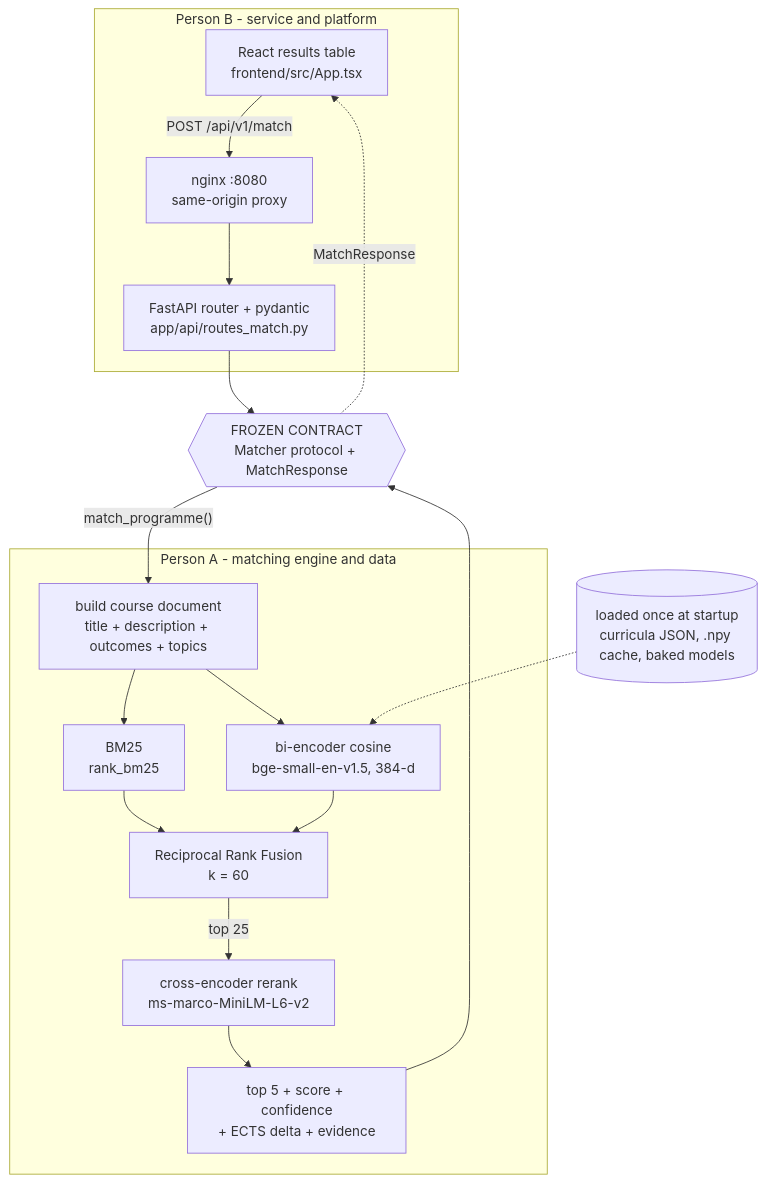
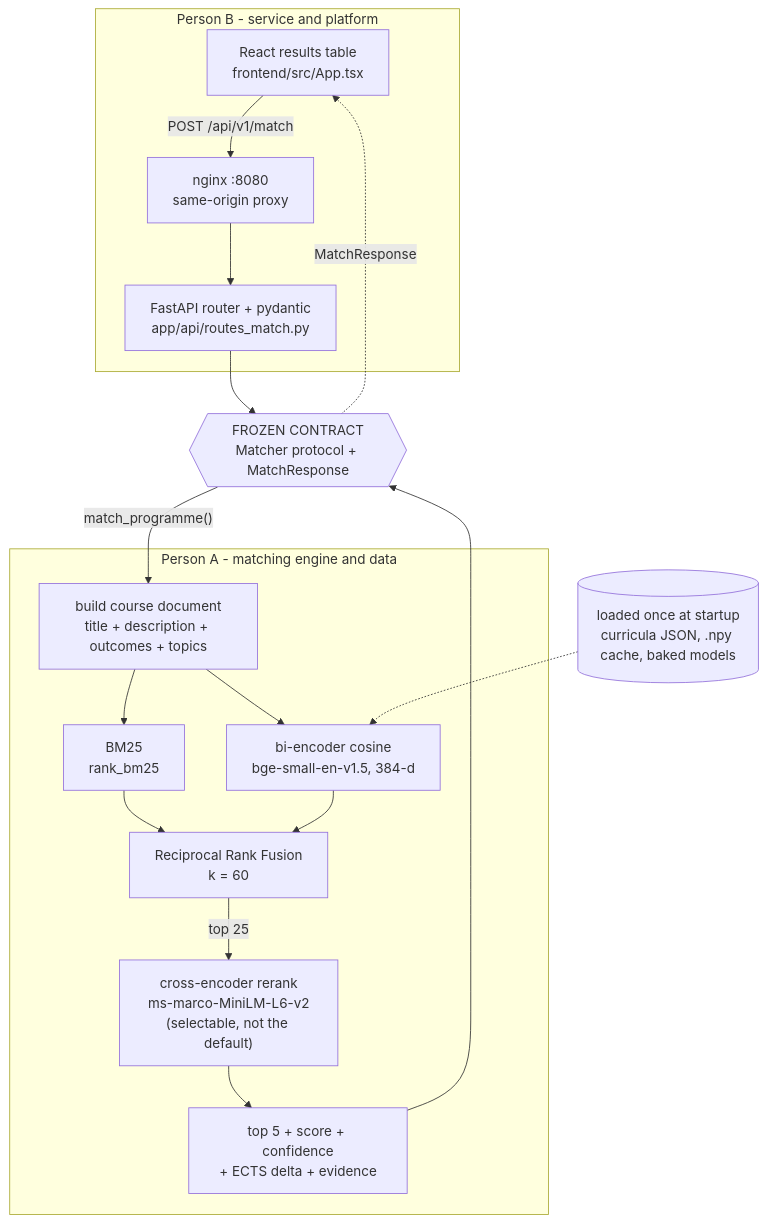
Before and after one commit to aleksandarhorvat/ErasmusGPT: the first of 2 diagrams in docs/00-map.md, drawn with Mermaid. The commit also changed other lines of this file and 22 other files, not shown here.

````diff
--- a/docs/00-map.md
+++ b/docs/00-map.md
@@ -8,30 +8,30 @@
 ```mermaid
 flowchart TD
   subgraph B["Person B - service and platform"]
     UI["React results table<br/>frontend/src/App.tsx"]
     NGX["nginx :8080<br/>same-origin proxy"]
     API["FastAPI router + pydantic<br/>app/api/routes_match.py"]
   end
 
   CONTRACT{{"FROZEN CONTRACT<br/>Matcher protocol + MatchResponse"}}
 
   subgraph A["Person A - matching engine and data"]
     DOC["build course document<br/>title + description + outcomes + topics"]
     BM["BM25<br/>rank_bm25"]
     DEN["bi-encoder cosine<br/>bge-small-en-v1.5, 384-d"]
     RRF["Reciprocal Rank Fusion<br/>k = 60"]
-    CE["cross-encoder rerank<br/>ms-marco-MiniLM-L6-v2"]
+    CE["cross-encoder rerank<br/>ms-marco-MiniLM-L6-v2<br/>(selectable, not the default)"]
     OUT["top 5 + score + confidence<br/>+ ECTS delta + evidence"]
   end
 
   STORE[("loaded once at startup<br/>curricula JSON, .npy cache, baked models")]
 
   UI -->|"POST /api/v1/match"| NGX --> API --> CONTRACT
   CONTRACT -->|"match_programme()"| DOC
   DOC --> BM --> RRF
   DOC --> DEN --> RRF
   RRF -->|"top 25"| CE --> OUT
   OUT --> CONTRACT
   CONTRACT -.->|"MatchResponse"| UI
   STORE -.-> DEN
 ```
````
